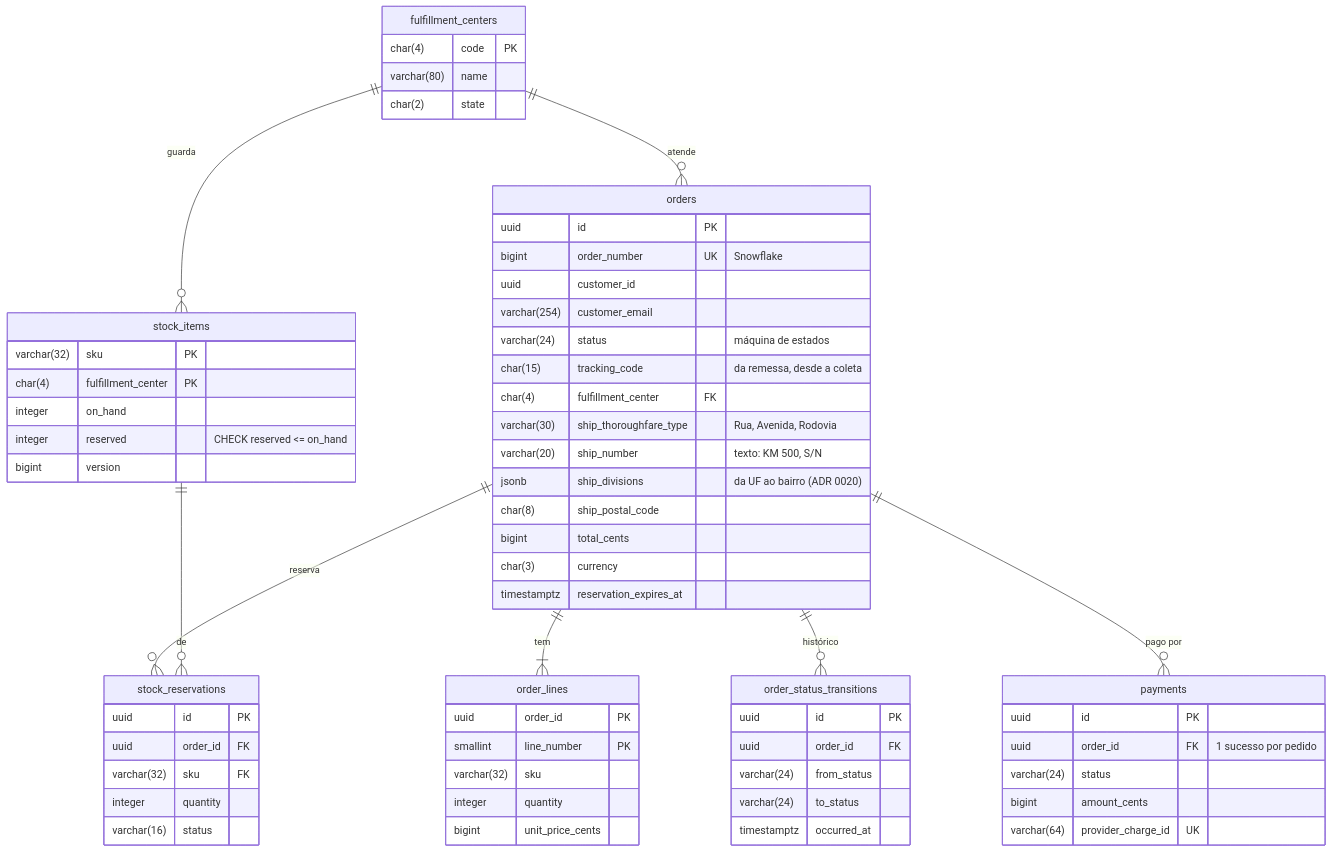
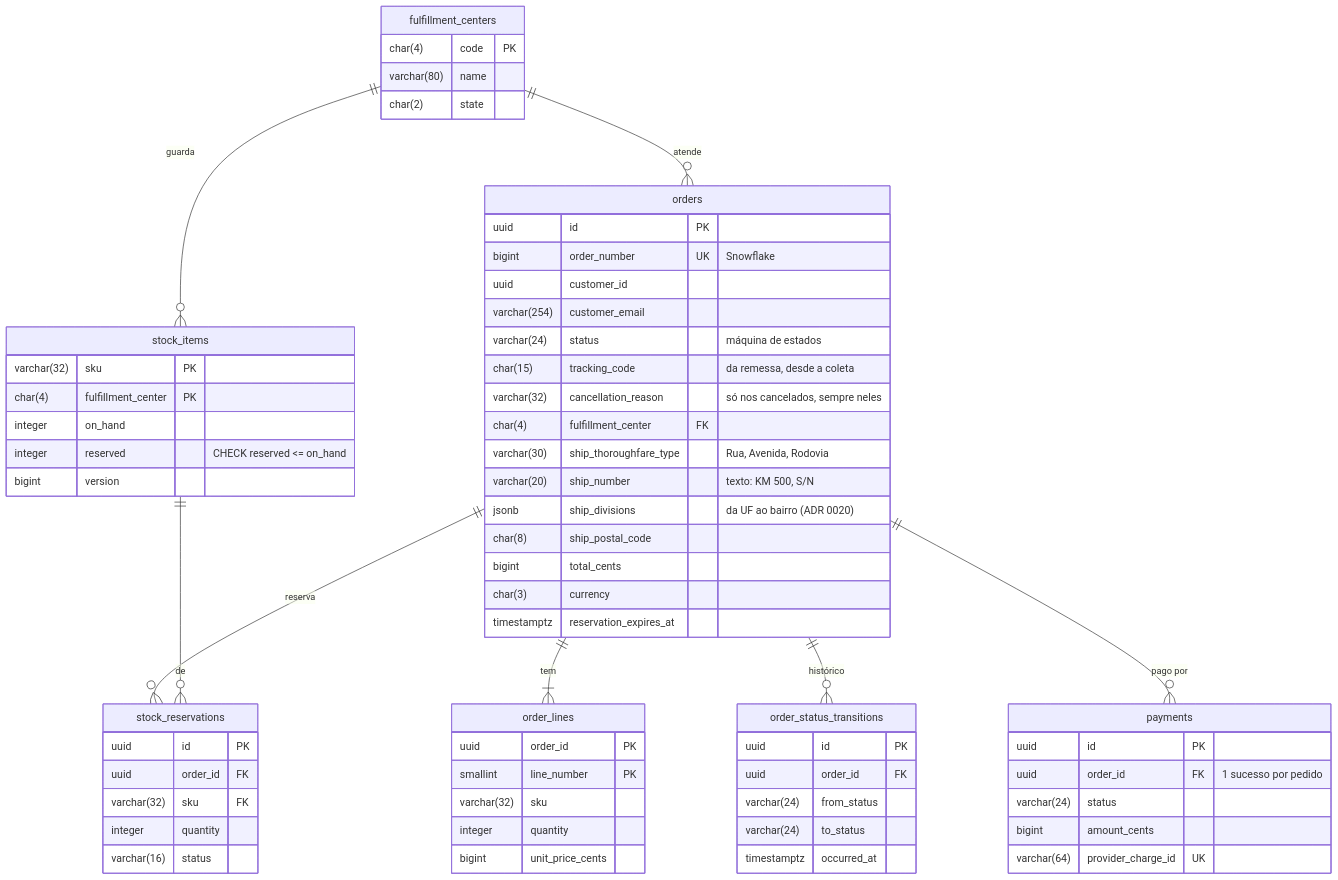
One commit to flaviotinococoutinho/Tucano_vibe_chaos changed the second of 3 diagrams in docs/architecture/data-model.md. Above: the diagram before and after it, drawn with Mermaid. The commit also changed 11 other files, not shown here.

````diff
--- a/docs/architecture/data-model.md
+++ b/docs/architecture/data-model.md
@@ -65,67 +65,68 @@
 ```mermaid
 erDiagram
   fulfillment_centers ||--o{ stock_items : "guarda"
   fulfillment_centers ||--o{ orders : "atende"
   orders ||--|{ order_lines : "tem"
   orders ||--o{ order_status_transitions : "histórico"
   orders ||--o{ stock_reservations : "reserva"
   stock_items ||--o{ stock_reservations : "de"
   orders ||--o{ payments : "pago por"
 
   fulfillment_centers {
     char(4) code PK
     varchar(80) name
     char(2) state
   }
   orders {
     uuid id PK
     bigint order_number UK "Snowflake"
     uuid customer_id
     varchar(254) customer_email
     varchar(24) status "máquina de estados"
     char(15) tracking_code "da remessa, desde a coleta"
+    varchar(32) cancellation_reason "só nos cancelados, sempre neles"
     char(4) fulfillment_center FK
     varchar(30) ship_thoroughfare_type "Rua, Avenida, Rodovia"
     varchar(20) ship_number "texto: KM 500, S/N"
     jsonb ship_divisions "da UF ao bairro (ADR 0020)"
     char(8) ship_postal_code
     bigint total_cents
     char(3) currency
     timestamptz reservation_expires_at
   }
   order_lines {
     uuid order_id PK
     smallint line_number PK
     varchar(32) sku
     integer quantity
     bigint unit_price_cents
   }
   order_status_transitions {
     uuid id PK
     uuid order_id FK
     varchar(24) from_status
     varchar(24) to_status
     timestamptz occurred_at
   }
   stock_items {
     varchar(32) sku PK
     char(4) fulfillment_center PK
     integer on_hand
     integer reserved "CHECK reserved <= on_hand"
     bigint version
   }
   stock_reservations {
     uuid id PK
     uuid order_id FK
     varchar(32) sku FK
     integer quantity
     varchar(16) status
   }
   payments {
     uuid id PK
     uuid order_id FK "1 sucesso por pedido"
     varchar(24) status
     bigint amount_cents
     varchar(64) provider_charge_id UK
   }
 ```
````
